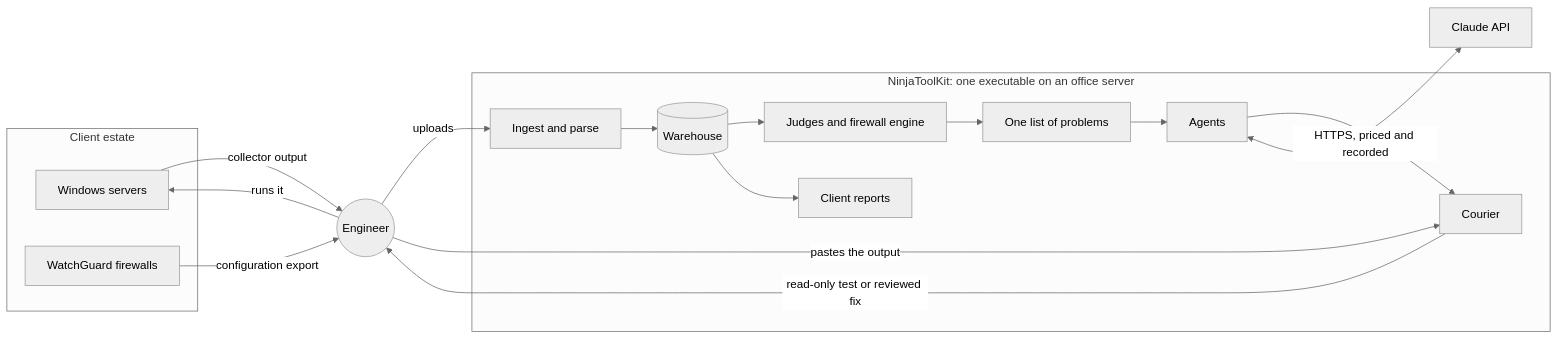
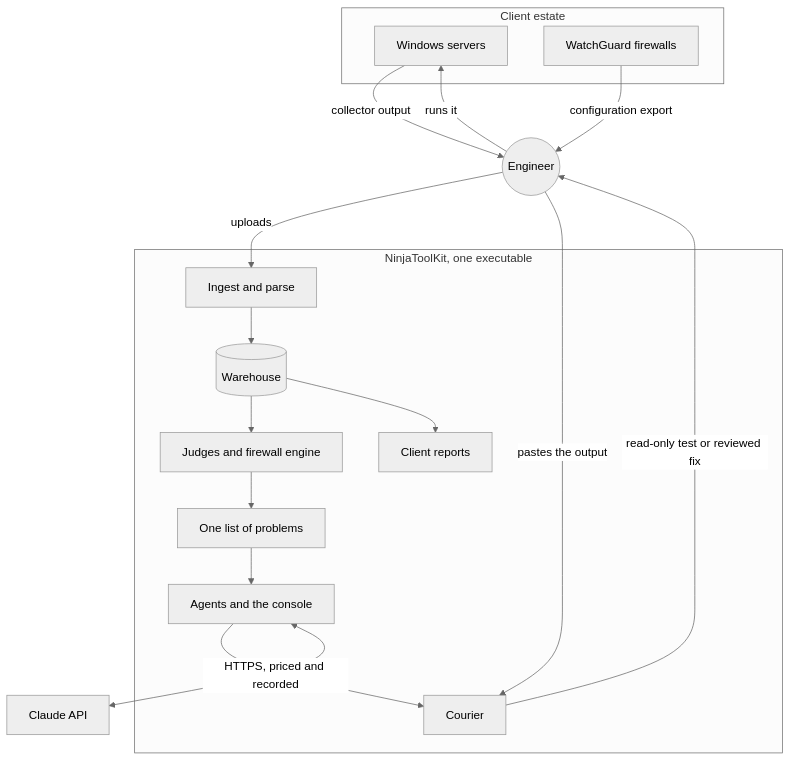
Before and after one commit to RyanH-sudo/ninjatoolkit-case-study: the first of 7 diagrams in CASE_STUDY.md, drawn with Mermaid (neutral theme). The commit also changed other lines of this file and 2 other files, not shown here.

Commit message:
Case study updated to v8.2.0: the Job as the thread, the console, device identity, judge precision on the estate, the fail-closed fix builder; every figure re-measured at the v8.2.0 tag

````diff
--- a/CASE_STUDY.md
+++ b/CASE_STUDY.md
@@ -103,24 +116,24 @@
 ```mermaid
-flowchart LR
+flowchart TB
     subgraph Estate["Client estate"]
         SRV["Windows servers"]
         FWD["WatchGuard firewalls"]
     end
-    subgraph NTK["NinjaToolKit: one executable on an office server"]
+    ENG(("Engineer"))
+    subgraph NTK["NinjaToolKit, one executable"]
         ING["Ingest and parse"] --> WH[("Warehouse")]
         WH --> JDG["Judges and firewall engine"]
+        WH --> REP["Client reports"]
         JDG --> PRB["One list of problems"]
-        PRB --> AGT["Agents"]
+        PRB --> AGT["Agents and the console"]
         AGT --> CUR["Courier"]
-        WH --> REP["Client reports"]
     end
-    ENG(("Engineer"))
     API["Claude API"]
     SRV -->|"collector output"| ENG
     FWD -->|"configuration export"| ENG
     ENG -->|"uploads"| ING
-    AGT <-->|"HTTPS, priced and recorded"| API
     CUR -->|"read-only test or reviewed fix"| ENG
     ENG -->|"runs it"| SRV
     ENG -->|"pastes the output"| CUR
+    AGT <-->|"HTTPS, priced and recorded"| API
 ```
````
